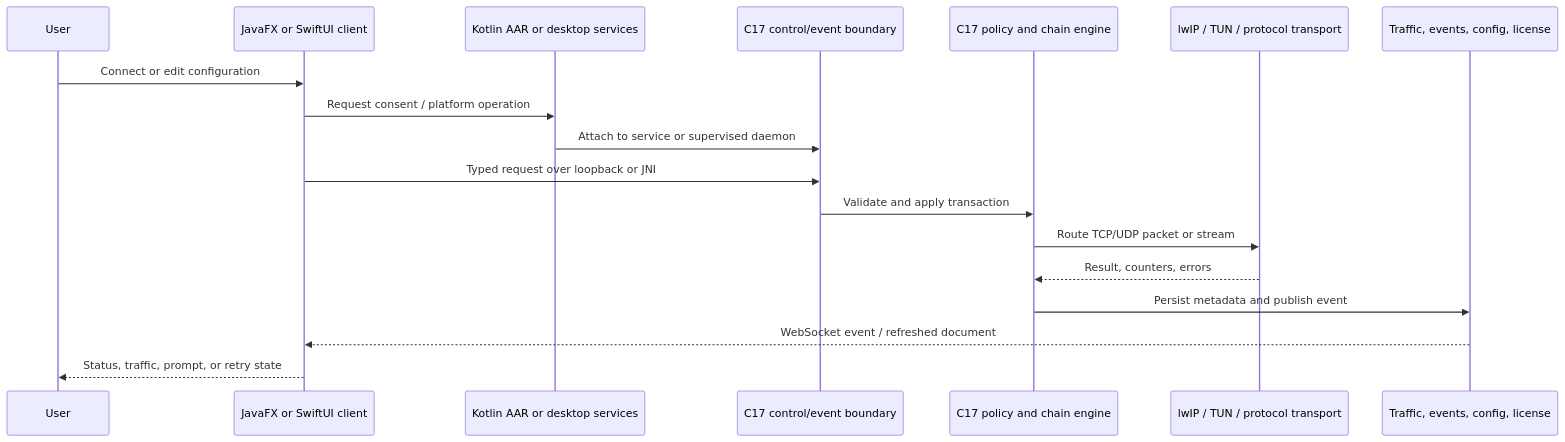
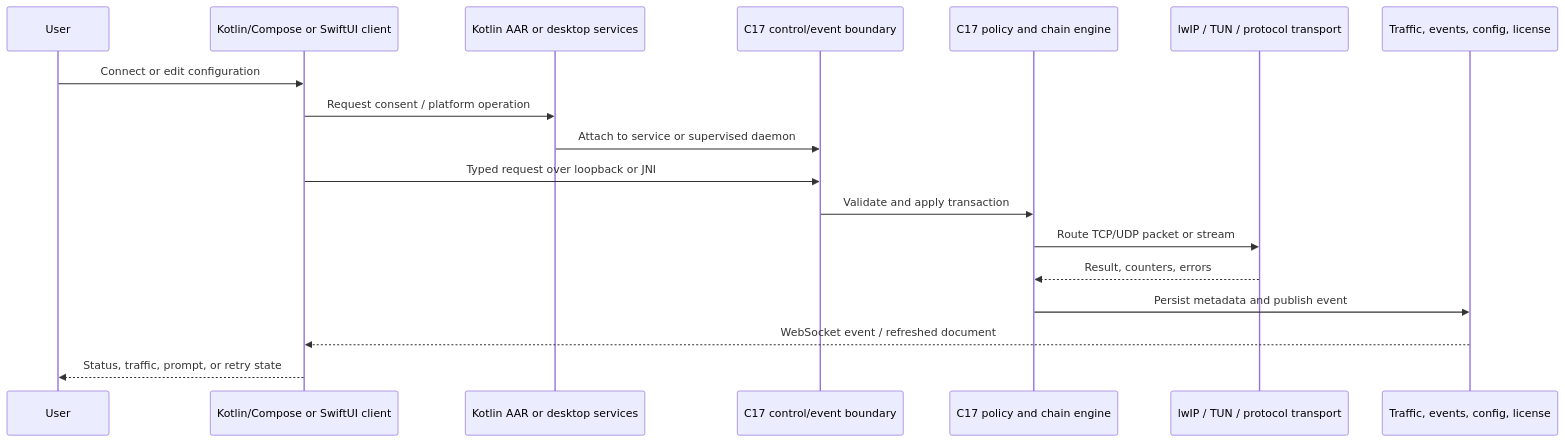
The second of 4 diagrams in README.md (JohnThre/clambhook), drawn with Mermaid before and after one commit. The commit also changed other lines of this file and 19 other files, not shown here.

````diff
--- a/README.md
+++ b/README.md
@@ -98,21 +99,21 @@
 ```mermaid
 sequenceDiagram
     participant User
-    participant UI as JavaFX or SwiftUI client
+    participant UI as Kotlin/Compose or SwiftUI client
     participant Platform as Kotlin AAR or desktop services
     participant API as C17 control/event boundary
     participant Router as C17 policy and chain engine
     participant Tunnel as lwIP / TUN / protocol transport
     participant Store as Traffic, events, config, license
 
     User->>UI: Connect or edit configuration
     UI->>Platform: Request consent / platform operation
     Platform->>API: Attach to service or supervised daemon
     UI->>API: Typed request over loopback or JNI
     API->>Router: Validate and apply transaction
     Router->>Tunnel: Route TCP/UDP packet or stream
     Tunnel-->>Router: Result, counters, errors
     Router->>Store: Persist metadata and publish event
     Store-->>UI: WebSocket event / refreshed document
     UI-->>User: Status, traffic, prompt, or retry state
 ```
````
